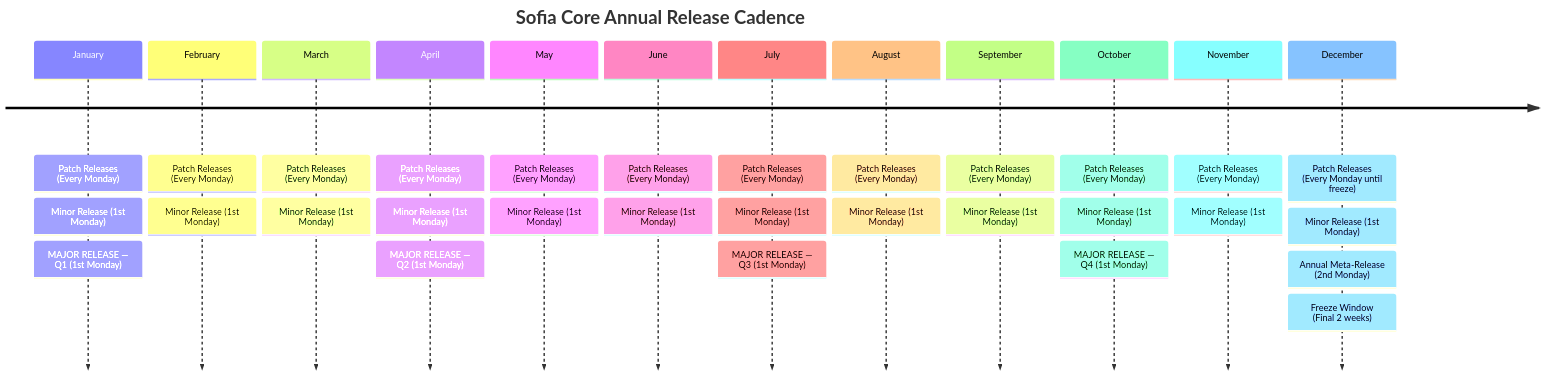
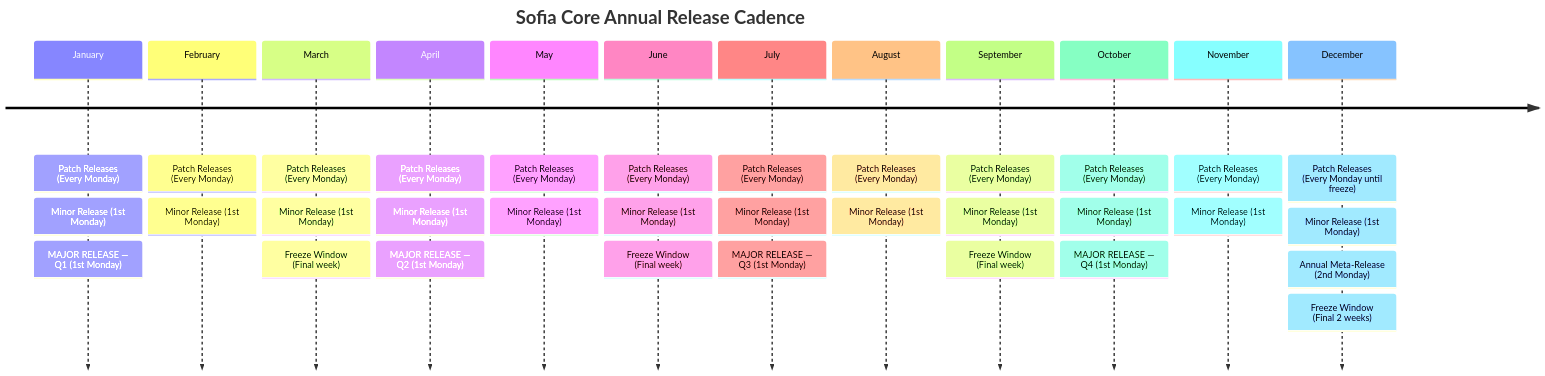
Before and after one commit to emeraldorbit/frasberg-ai-backend: the diagram in RELEASE_CALENDAR.md, drawn with Mermaid. The commit also changed other lines of this file, not shown here.

Commit message:
Add freeze windows to all quarters and clarify patch release frequency

````diff
--- a/RELEASE_CALENDAR.md
+++ b/RELEASE_CALENDAR.md
@@ -183,58 +186,61 @@
 ```mermaid
 timeline
     title Sofia Core Annual Release Cadence
 
     January
         : Patch Releases (Every Monday)
         : Minor Release (1st Monday)
         : MAJOR RELEASE — Q1 (1st Monday)
 
     February
         : Patch Releases (Every Monday)
         : Minor Release (1st Monday)
 
     March
         : Patch Releases (Every Monday)
         : Minor Release (1st Monday)
+        : Freeze Window (Final week)
 
     April
         : Patch Releases (Every Monday)
         : Minor Release (1st Monday)
         : MAJOR RELEASE — Q2 (1st Monday)
 
     May
         : Patch Releases (Every Monday)
         : Minor Release (1st Monday)
 
     June
         : Patch Releases (Every Monday)
         : Minor Release (1st Monday)
+        : Freeze Window (Final week)
 
     July
         : Patch Releases (Every Monday)
         : Minor Release (1st Monday)
         : MAJOR RELEASE — Q3 (1st Monday)
 
     August
         : Patch Releases (Every Monday)
         : Minor Release (1st Monday)
 
     September
         : Patch Releases (Every Monday)
         : Minor Release (1st Monday)
+        : Freeze Window (Final week)
 
     October
         : Patch Releases (Every Monday)
         : Minor Release (1st Monday)
         : MAJOR RELEASE — Q4 (1st Monday)
 
     November
         : Patch Releases (Every Monday)
         : Minor Release (1st Monday)
 
     December
         : Patch Releases (Every Monday until freeze)
         : Minor Release (1st Monday)
         : Annual Meta‑Release (2nd Monday)
         : Freeze Window (Final 2 weeks)
 ```
````
